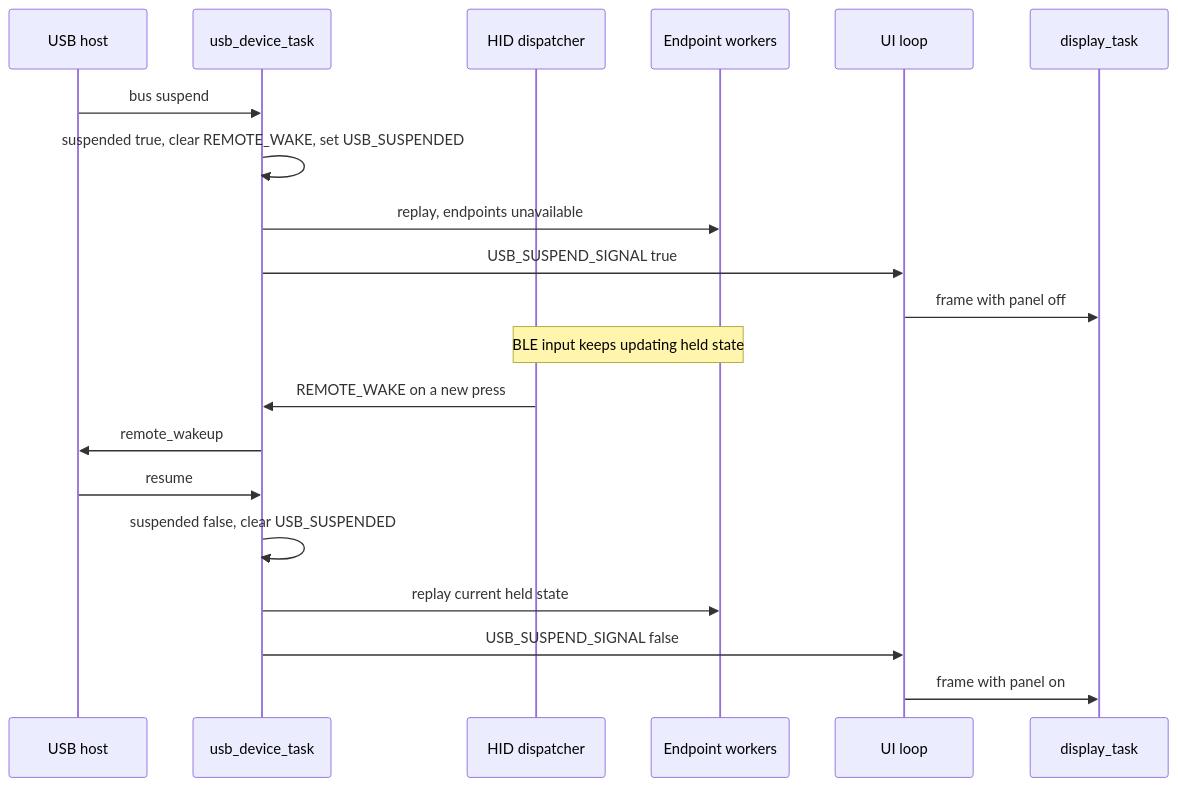
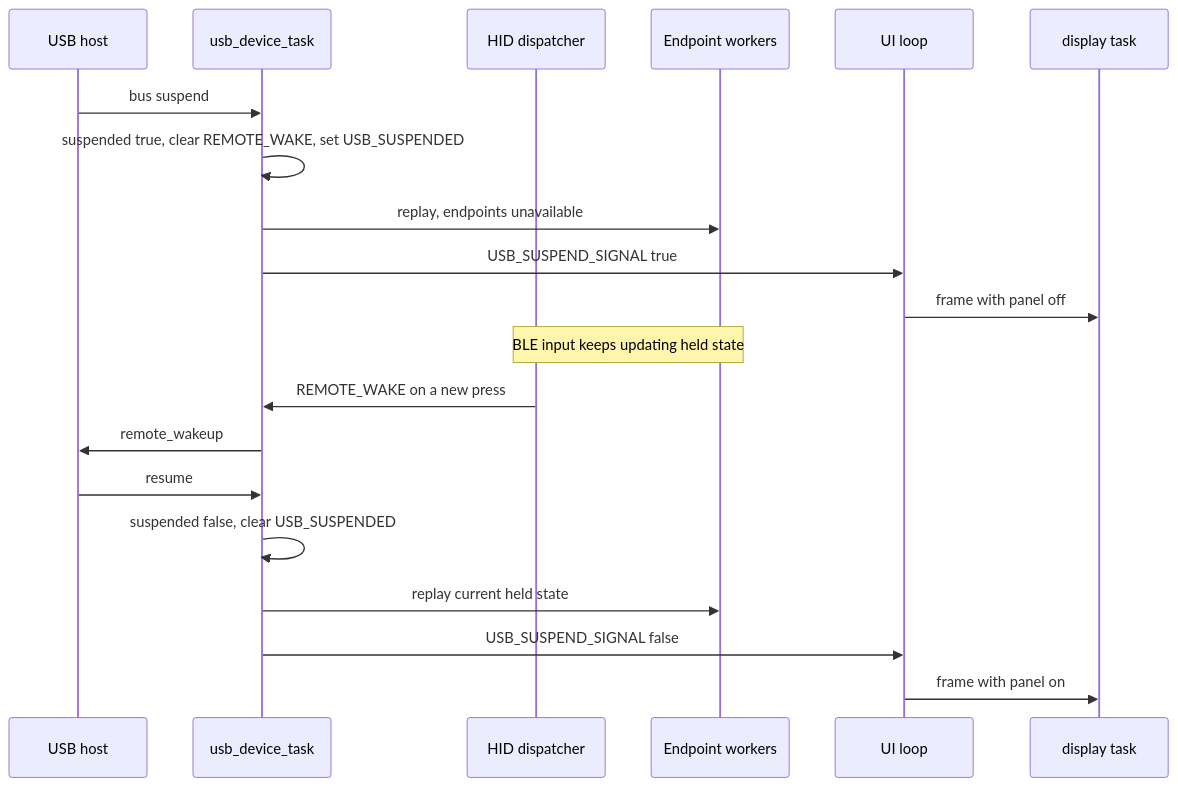
One commit to chefzaid/bt2usb changed the eighth of 10 diagrams in docs/architecture.md. Above: the diagram before and after it, drawn with Mermaid. The commit also changed other lines of this file and 30 other files, not shown here.

````diff
--- a/docs/architecture.md
+++ b/docs/architecture.md
@@ -708,22 +711,22 @@
 ```mermaid
 sequenceDiagram
     participant H as USB host
     participant U as usb_device_task
     participant D as HID dispatcher
     participant E as Endpoint workers
     participant M as UI loop
-    participant O as display_task
+    participant O as display task
     H->>U: bus suspend
     U->>U: suspended true, clear REMOTE_WAKE, set USB_SUSPENDED
     U->>E: replay, endpoints unavailable
     U->>M: USB_SUSPEND_SIGNAL true
     M->>O: frame with panel off
     Note over D,E: BLE input keeps updating held state
     D->>U: REMOTE_WAKE on a new press
     U->>H: remote_wakeup
     H->>U: resume
     U->>U: suspended false, clear USB_SUSPENDED
     U->>E: replay current held state
     U->>M: USB_SUSPEND_SIGNAL false
     M->>O: frame with panel on
 ```
````
